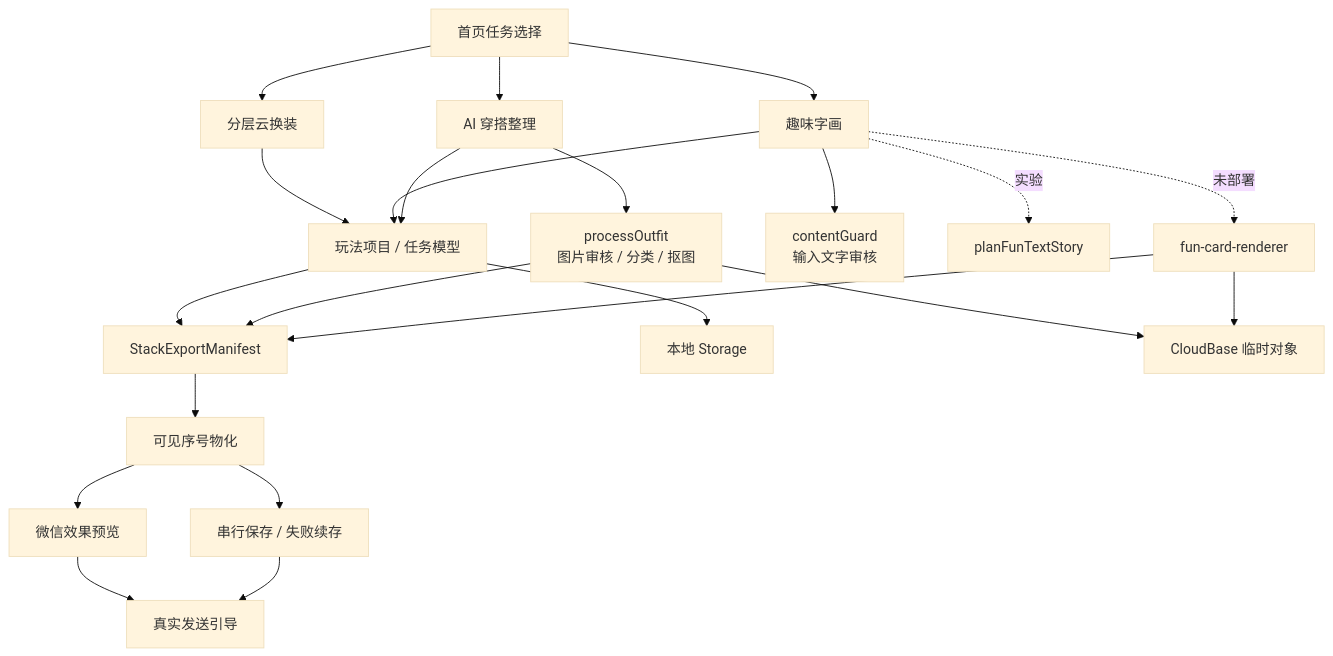
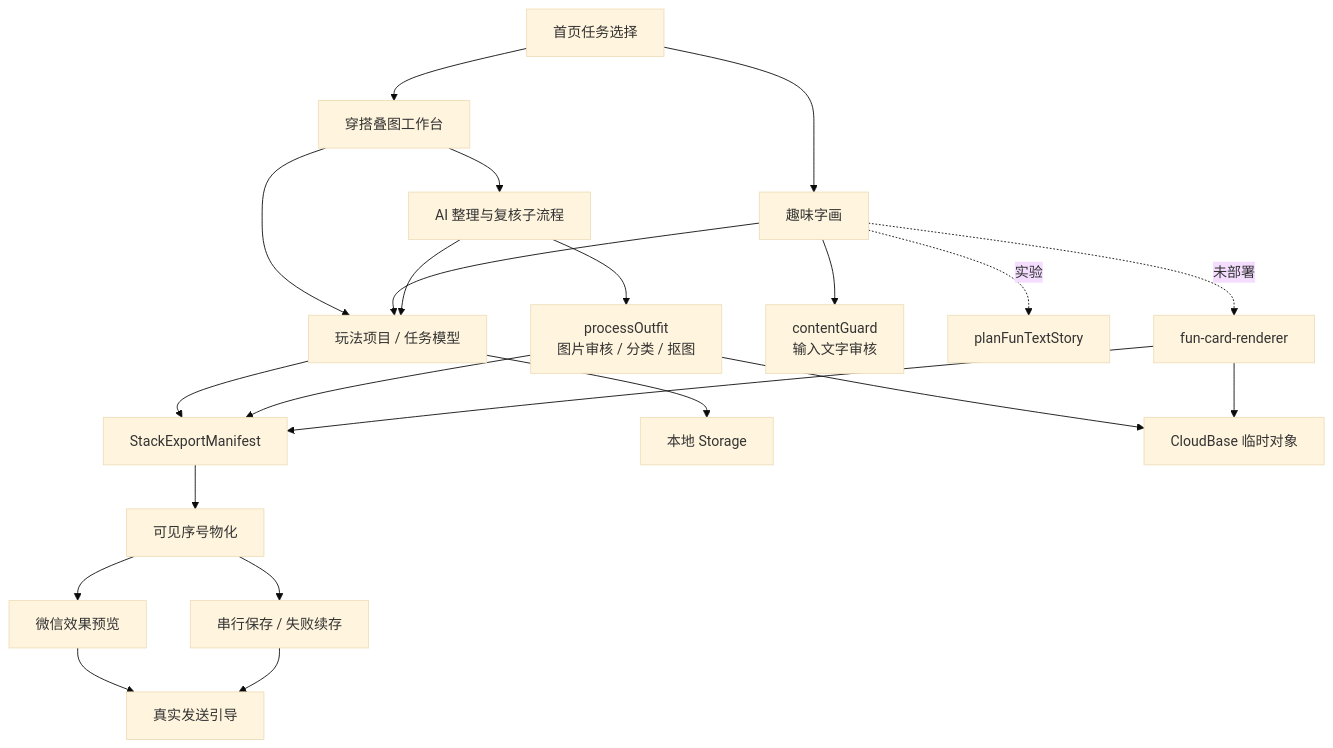
The first of 3 diagrams in docs/product/TECHNICAL_SPEC.md (Yiyang0659/WePicTool), drawn with Mermaid (base theme) before and after one commit. The commit also changed other lines of this file and 25 other files, not shown here.

Commit message:
unify outfit stack creation flow

````diff
--- a/docs/product/TECHNICAL_SPEC.md
+++ b/docs/product/TECHNICAL_SPEC.md
@@ -75,28 +75,28 @@
 ```mermaid
 flowchart TD
-    HOME["首页任务选择"] --> DRESS["分层云换装"]
+    HOME["首页任务选择"] --> DRESS["穿搭叠图工作台"]
     HOME --> FUN["趣味字画"]
-    HOME --> OUTFIT["AI 穿搭整理"]
+    DRESS --> OUTFIT["AI 整理与复核子流程"]
 
     DRESS --> PROJECT["玩法项目 / 任务模型"]
     FUN --> PROJECT
     OUTFIT --> PROJECT
 
     OUTFIT --> PO["processOutfit\n图片审核 / 分类 / 抠图"]
     FUN --> CG["contentGuard\n输入文字审核"]
     FUN -.实验.-> PLAN["planFunTextStory"]
     FUN -.未部署.-> RENDER["fun-card-renderer"]
 
     PROJECT --> MANIFEST["StackExportManifest"]
     PO --> MANIFEST
     RENDER --> MANIFEST
     MANIFEST --> BADGE["可见序号物化"]
     BADGE --> PREVIEW["微信效果预览"]
     BADGE --> SAVE["串行保存 / 失败续存"]
     PREVIEW --> GUIDE["真实发送引导"]
     SAVE --> GUIDE
 
     PROJECT --> LOCAL["本地 Storage"]
     PO --> CLOUD["CloudBase 临时对象"]
     RENDER --> CLOUD
 ```
````
